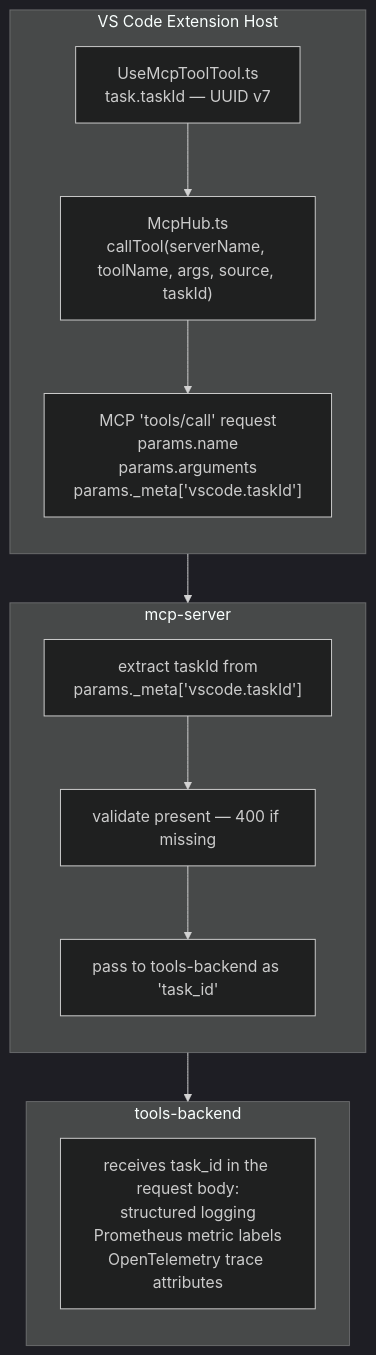
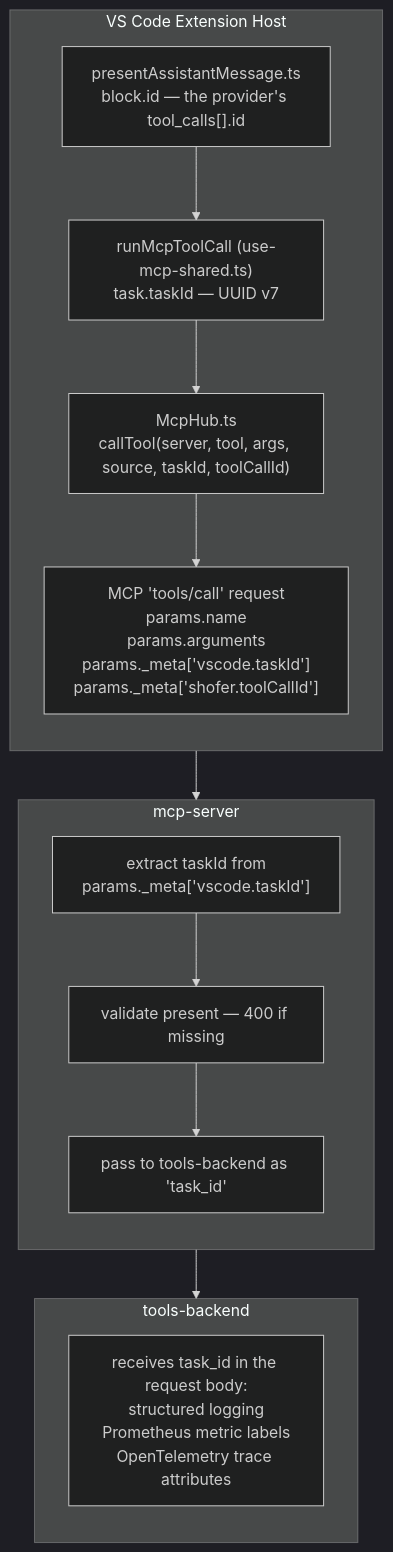
The diagram in docs/taskId.md (shofer-dev/shofer), drawn with Mermaid (dark theme) before and after one commit. The commit also changed other lines of this file and 11 other files, not shown here.

````diff
--- a/docs/taskId.md
+++ b/docs/taskId.md
@@ -9,26 +9,27 @@
 ```mermaid
 flowchart TB
     subgraph HOST["VS Code Extension Host"]
         direction TB
-        T["UseMcpToolTool.ts<br/>task.taskId — UUID v7"]
-        H["McpHub.ts<br/>callTool(serverName, toolName, args, source, taskId)"]
-        REQ["MCP 'tools/call' request<br/>params.name<br/>params.arguments<br/>params._meta['vscode.taskId']"]
-        T --> H --> REQ
+        P["presentAssistantMessage.ts<br/>block.id — the provider's tool_calls[].id"]
+        T["runMcpToolCall (use-mcp-shared.ts)<br/>task.taskId — UUID v7"]
+        H["McpHub.ts<br/>callTool(server, tool, args, source, taskId, toolCallId)"]
+        REQ["MCP 'tools/call' request<br/>params.name<br/>params.arguments<br/>params._meta['vscode.taskId']<br/>params._meta['shofer.toolCallId']"]
+        P --> T --> H --> REQ
     end
 
     subgraph MCPS["mcp-server"]
         direction TB
         M1["extract taskId from<br/>params._meta['vscode.taskId']"]
         M2["validate present — 400 if missing"]
         M3["pass to tools-backend as 'task_id'"]
         M1 --> M2 --> M3
     end
 
     subgraph TB_["tools-backend"]
         direction TB
         B["receives task_id in the request body:<br/>structured logging<br/>Prometheus metric labels<br/>OpenTelemetry trace attributes"]
     end
 
     REQ --> M1
     M3 --> B
 ```
````
